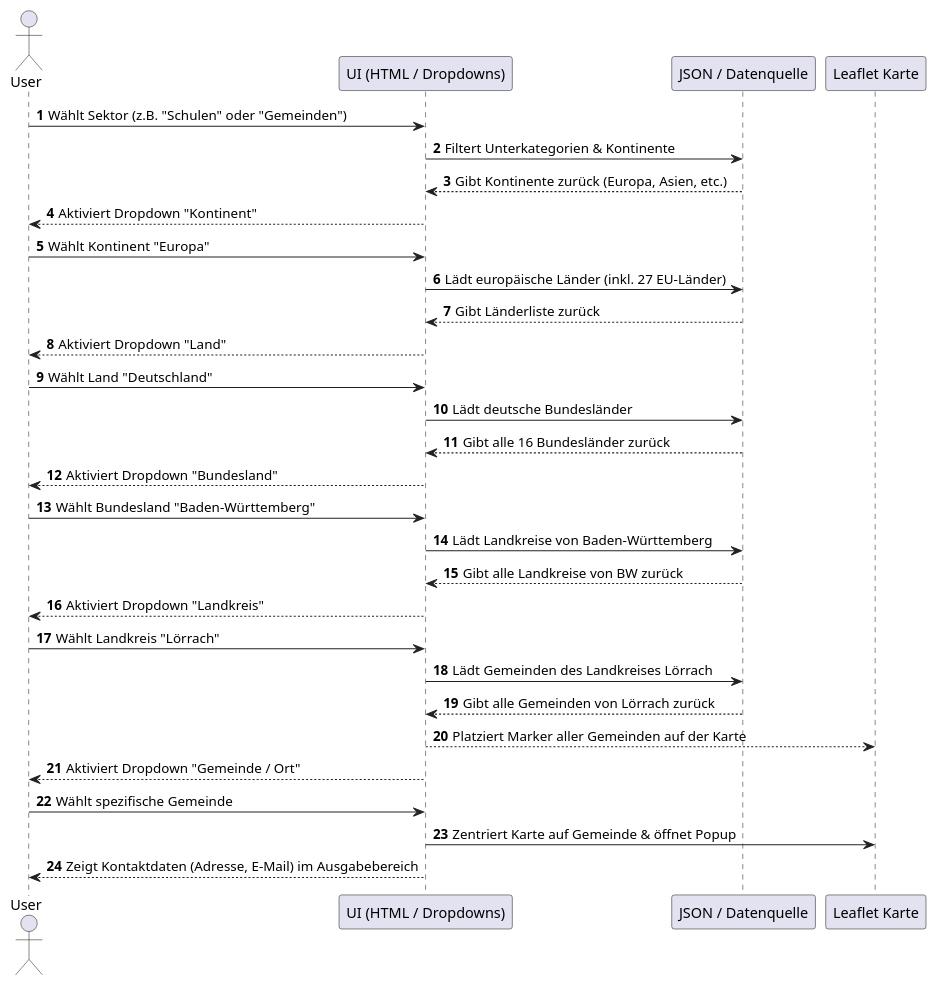
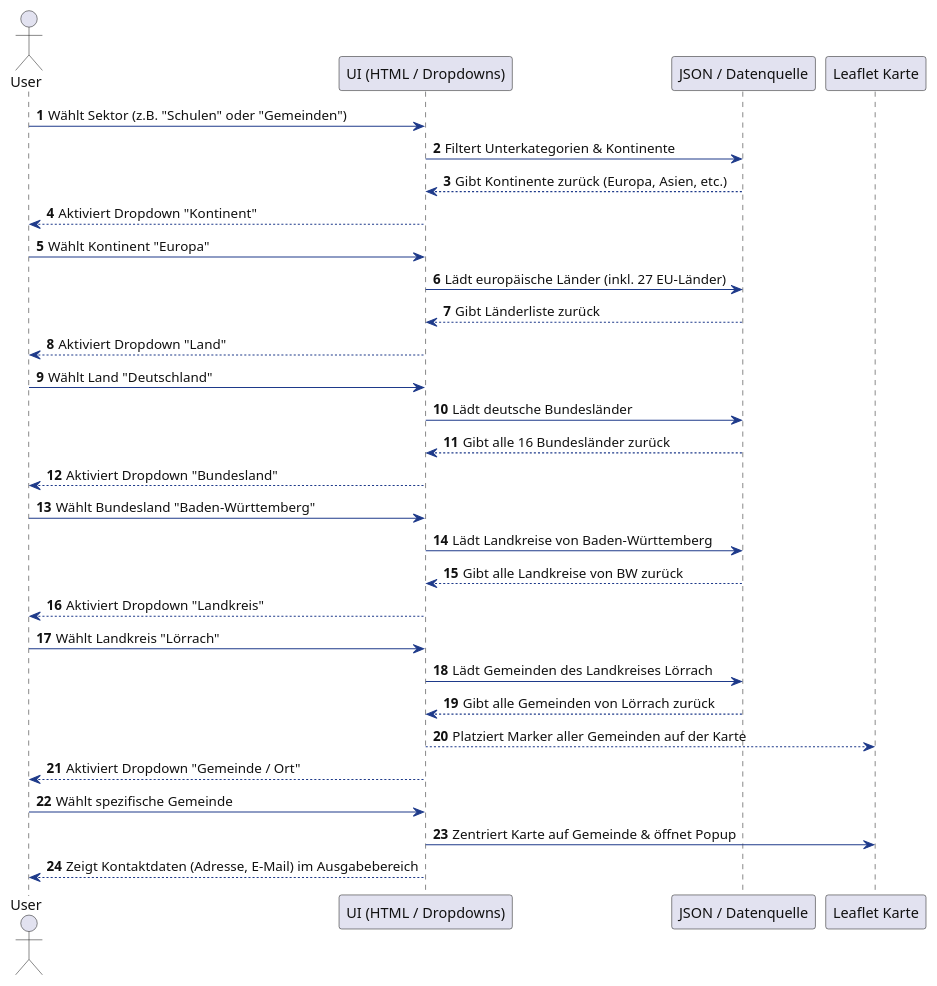
The diagram in 2026-11-17-html-dropdown-uml-sequenz-08.md (olaspo/MeinPlantUML), drawn with PlantUML before and after one commit.

````diff
--- a/2026-11-17-html-dropdown-uml-sequenz-08.md
+++ b/2026-11-17-html-dropdown-uml-sequenz-08.md
@@ -1,45 +1,45 @@
 ```plantuml
 @startuml
 skinparam backgroundcolor #FFFFFF
-skinparam DefaultFontColor #000000
-skinparam ClassBackgroundColor #FDFDFD
-skinparam ClassBorderColor #222222
-skinparam ArrowColor #222222
+skinparam DefaultFontColor #111111
+skinparam ClassBackgroundColor #F4F6F9
+skinparam ClassBorderColor #1E3A8A
+skinparam ArrowColor #1E3A8A
 autonumber
 actor User as U
 participant "UI (HTML / Dropdowns)" as UI
 participant "JSON / Datenquelle" as DB
 participant "Leaflet Karte" as Map
 
 U -> UI: Wählt Sektor (z.B. "Schulen" oder "Gemeinden")
 UI -> DB: Filtert Unterkategorien & Kontinente
 DB --> UI: Gibt Kontinente zurück (Europa, Asien, etc.)
 UI --> U: Aktiviert Dropdown "Kontinent"
 
 U -> UI: Wählt Kontinent "Europa"
 UI -> DB: Lädt europäische Länder (inkl. 27 EU-Länder)
 DB --> UI: Gibt Länderliste zurück
 UI --> U: Aktiviert Dropdown "Land"
 
 U -> UI: Wählt Land "Deutschland"
 UI -> DB: Lädt deutsche Bundesländer
 DB --> UI: Gibt alle 16 Bundesländer zurück
 UI --> U: Aktiviert Dropdown "Bundesland"
 
 U -> UI: Wählt Bundesland "Baden-Württemberg"
 UI -> DB: Lädt Landkreise von Baden-Württemberg
 DB --> UI: Gibt alle Landkreise von BW zurück
 UI --> U: Aktiviert Dropdown "Landkreis"
 
 U -> UI: Wählt Landkreis "Lörrach"
 UI -> DB: Lädt Gemeinden des Landkreises Lörrach
 DB --> UI: Gibt alle Gemeinden von Lörrach zurück
 UI --> Map: Platziert Marker aller Gemeinden auf der Karte
 UI --> U: Aktiviert Dropdown "Gemeinde / Ort"
 
 U -> UI: Wählt spezifische Gemeinde
 UI -> Map: Zentriert Karte auf Gemeinde & öffnet Popup
 UI --> U: Zeigt Kontaktdaten (Adresse, E-Mail) im Ausgabebereich
 
 @enduml
 ```
````
